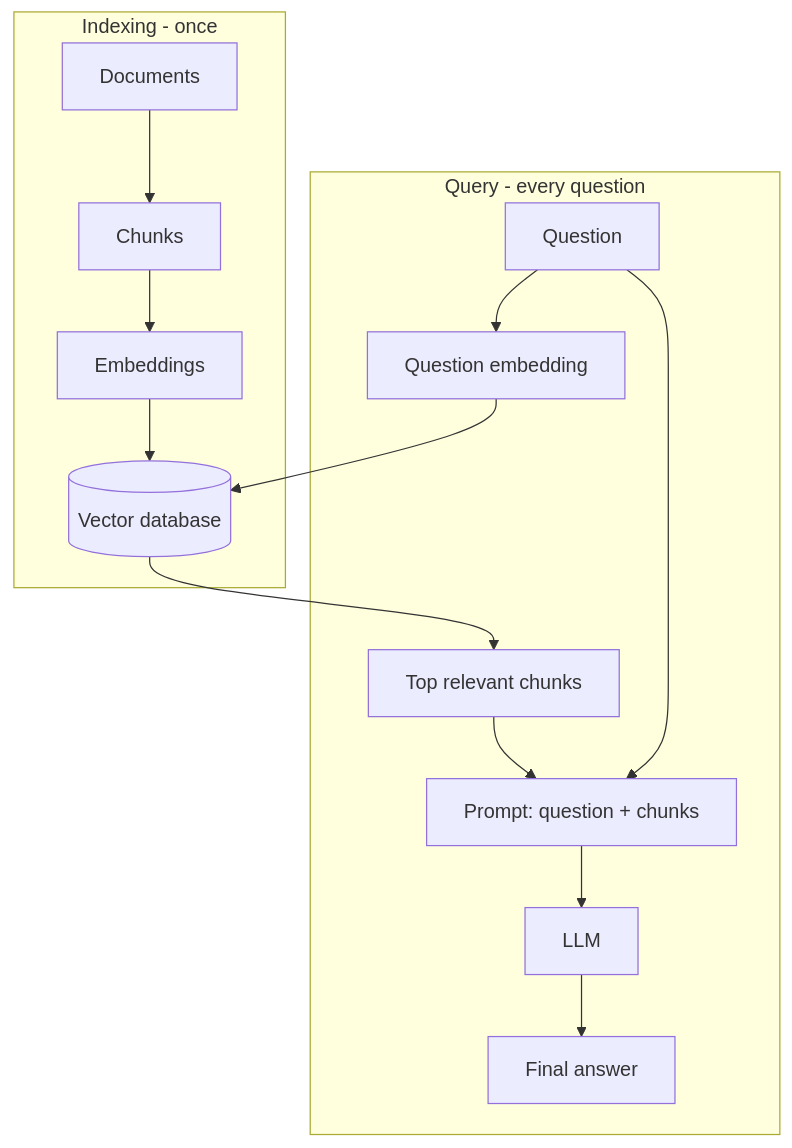
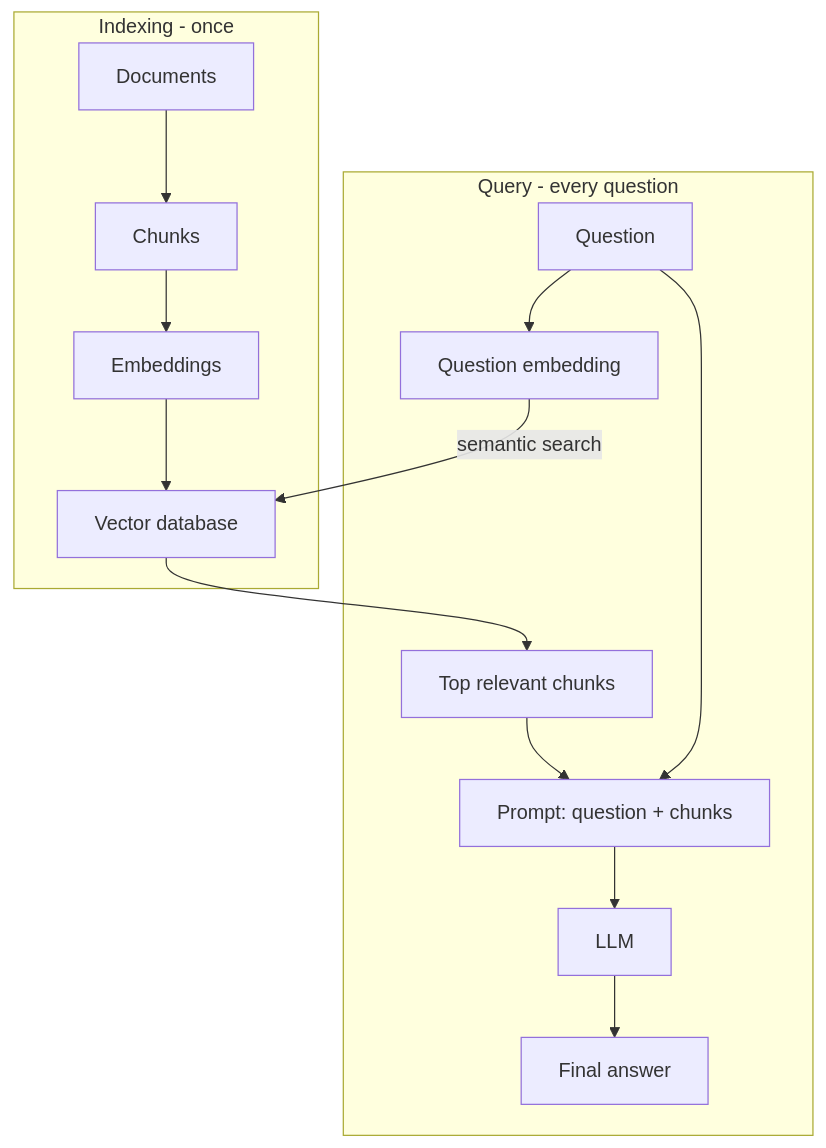
One commit to kaisarnajar/outcome-school-blogs changed the first of 2 diagrams in notes/step-09-vector-search-and-retrieval-augmented-generation-rag/109-retrieval-augmented-generation-rag.md. Above: the diagram before and after it, drawn with Mermaid. The commit also changed other lines of this file and 233 other files, not shown here.

````diff
--- a/notes/step-09-vector-search-and-retrieval-augmented-generation-rag/109-retrieval-augmented-generation-rag.md
+++ b/notes/step-09-vector-search-and-retrieval-augmented-generation-rag/109-retrieval-augmented-generation-rag.md
@@ -42,17 +37,15 @@
 ```mermaid
 flowchart TD
-    subgraph Indexing["Indexing - once"]
-        D["Documents"] --> C["Chunks"]
-        C --> E["Embeddings"]
-        E --> V[("Vector database")]
+    subgraph IDX["Indexing - once"]
+        D["Documents"] --> C["Chunks"] --> E["Embeddings"] --> V["Vector database"]
     end
-    subgraph Query["Query - every question"]
+    subgraph QRY["Query - every question"]
         Q["Question"] --> QE["Question embedding"]
-        QE --> V
+        QE -->|"semantic search"| V
         V --> T["Top relevant chunks"]
         T --> P["Prompt: question + chunks"]
         Q --> P
         P --> L["LLM"]
         L --> A["Final answer"]
     end
 ```
````
